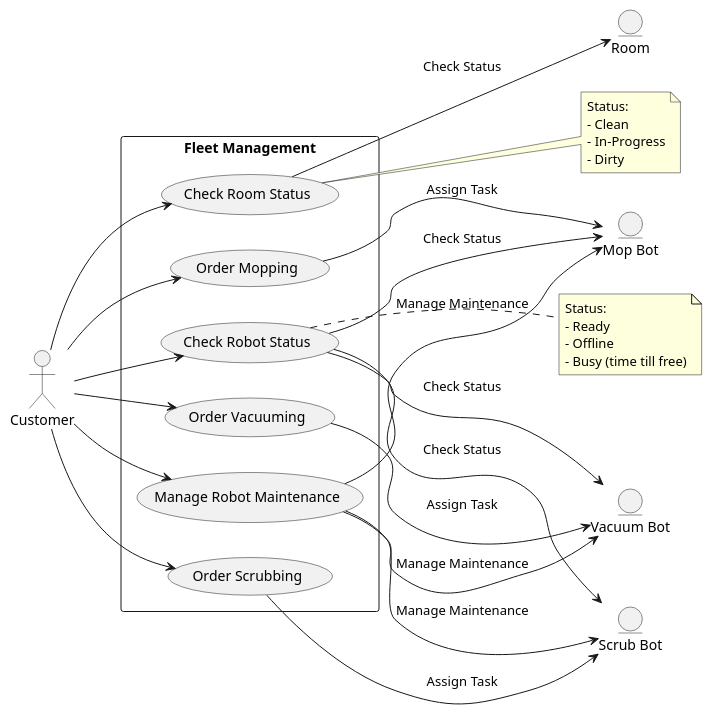
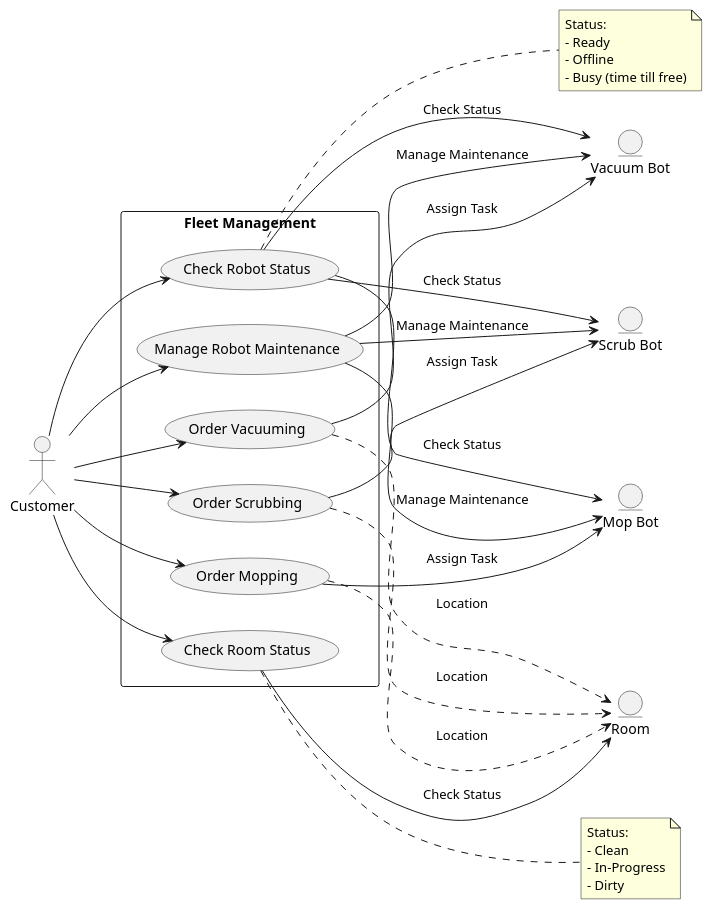
Before and after one commit to ur-cs-courses/course-project-krykna: the diagram in docs/use_case.puml, drawn with PlantUML. The commit also changed 2 other files, not shown here.

Commit message:
updated uml file and md

```diff
--- a/docs/use_case.puml
+++ b/docs/use_case.puml
@@ -1,55 +1,59 @@
 @startuml
 left to right direction
 skinparam packageStyle rect
 actor Customer
 
 entity "Room" as Room
 entity "Mop Bot" as Mop_Bot
 entity "Vacuum Bot" as Vac_Bot
 entity "Scrub Bot" as Scrub_Bot
 
 package "Fleet Management" {
     
     usecase "Check Robot Status" as UC1
     usecase "Check Room Status" as UC2
     usecase "Manage Robot Maintenance" as UC3
     usecase "Order Mopping" as UC4
     usecase "Order Vacuuming" as UC5
     usecase "Order Scrubbing" as UC6
 
     Customer --> UC1
     Customer --> UC2
     Customer --> UC3
     Customer --> UC4
     Customer --> UC5
     Customer --> UC6
     
     UC1 --> Mop_Bot : Check Status
     UC1 --> Vac_Bot : Check Status
     UC1 --> Scrub_Bot : Check Status
     
     UC2 --> Room : Check Status
     
     UC3 --> Mop_Bot : Manage Maintenance
     UC3 --> Vac_Bot : Manage Maintenance
     UC3 --> Scrub_Bot : Manage Maintenance
     
     UC4 --> Mop_Bot : Assign Task
     UC5 --> Vac_Bot : Assign Task
     UC6 --> Scrub_Bot : Assign Task
+
+    UC4 ..> Room : Location
+    UC5 ..> Room : Location
+    UC6 ..> Room : Location
 }
 
 note right of UC1
     Status:
     - Ready
     - Offline
     - Busy (time till free)
 end note
 
 note right of UC2
     Status:
     - Clean
     - In-Progress
     - Dirty
 end note
 @enduml
```
